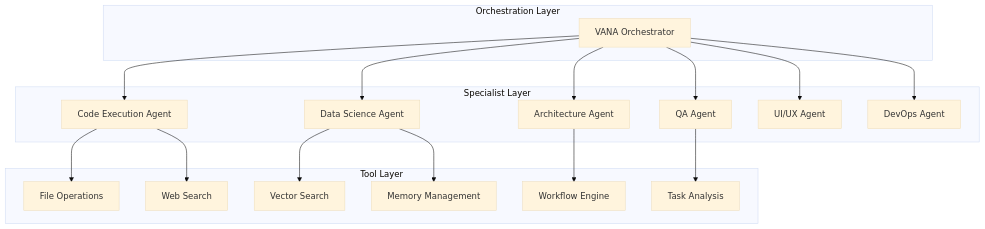
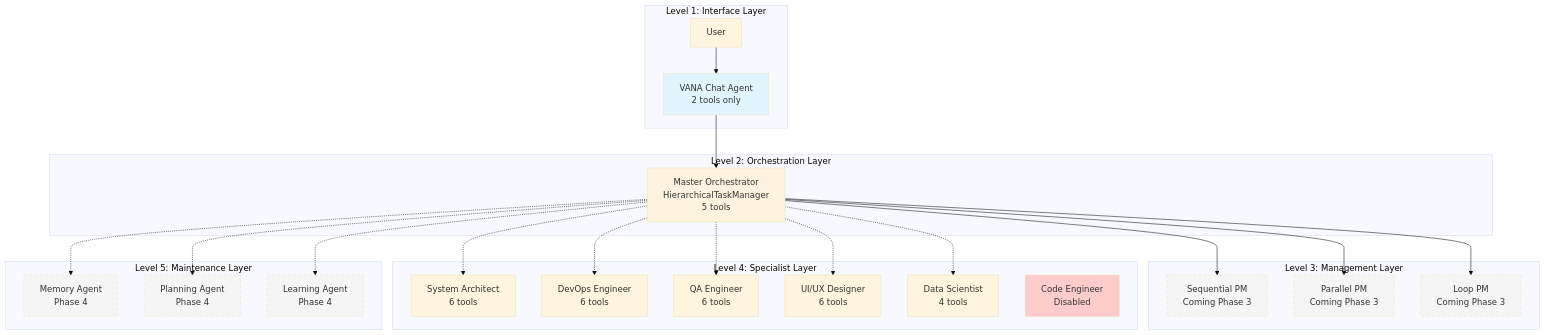
One commit to NickB03/vana changed the first of 4 diagrams in docs/ARCHITECTURE.md. Above: the diagram before and after it, drawn with Mermaid (base theme). The commit also changed other lines of this file and 28 other files, not shown here.

First line of the commit message:
feat: implement Phase 1 hierarchical agentic AI system

````diff
--- a/docs/ARCHITECTURE.md
+++ b/docs/ARCHITECTURE.md
@@ -11,38 +14,55 @@
 ```mermaid
 graph TB
-    subgraph "Orchestration Layer"
-        O[VANA Orchestrator]
+    subgraph "Level 1: Interface Layer"
+        U[User] --> VC[VANA Chat Agent<br/>2 tools only]
     end
     
-    subgraph "Specialist Layer"
-        C[Code Execution Agent]
-        D[Data Science Agent]
-        A[Architecture Agent]
-        Q[QA Agent]
-        U[UI/UX Agent]
-        DO[DevOps Agent]
+    subgraph "Level 2: Orchestration Layer"
+        MO[Master Orchestrator<br/>HierarchicalTaskManager<br/>5 tools]
     end
     
-    subgraph "Tool Layer"
-        T1[File Operations]
-        T2[Web Search]
-        T3[Vector Search]
-        T4[Memory Management]
-        T5[Workflow Engine]
-        T6[Task Analysis]
+    subgraph "Level 3: Management Layer"
+        PM1[Sequential PM<br/>Coming Phase 3]
+        PM2[Parallel PM<br/>Coming Phase 3]
+        PM3[Loop PM<br/>Coming Phase 3]
     end
     
-    O --> C
-    O --> D
-    O --> A
-    O --> Q
-    O --> U
-    O --> DO
+    subgraph "Level 4: Specialist Layer"
+        SA[System Architect<br/>6 tools]
+        DO[DevOps Engineer<br/>6 tools]
+        QA[QA Engineer<br/>6 tools]  
+        UI[UI/UX Designer<br/>6 tools]
+        DS[Data Scientist<br/>4 tools]
+        CE[Code Engineer<br/>Disabled]
+    end
     
-    C --> T1
-    C --> T2
-    D --> T3
-    D --> T4
-    A --> T5
-    Q --> T6
+    subgraph "Level 5: Maintenance Layer"
+        MA[Memory Agent<br/>Phase 4]
+        PA[Planning Agent<br/>Phase 4]
+        LA[Learning Agent<br/>Phase 4]
+    end
+    
+    VC --> MO
+    MO --> PM1
+    MO --> PM2
+    MO --> PM3
+    MO -.-> SA
+    MO -.-> DO
+    MO -.-> QA
+    MO -.-> UI
+    MO -.-> DS
+    
+    MO -.-> MA
+    MO -.-> PA
+    MO -.-> LA
+    
+    style VC fill:#e1f5fe
+    style MO fill:#fff3e0
+    style PM1 fill:#f5f5f5,stroke-dasharray: 5 5
+    style PM2 fill:#f5f5f5,stroke-dasharray: 5 5
+    style PM3 fill:#f5f5f5,stroke-dasharray: 5 5
+    style MA fill:#f5f5f5,stroke-dasharray: 5 5
+    style PA fill:#f5f5f5,stroke-dasharray: 5 5
+    style LA fill:#f5f5f5,stroke-dasharray: 5 5
+    style CE fill:#ffcccc
 ```
````
